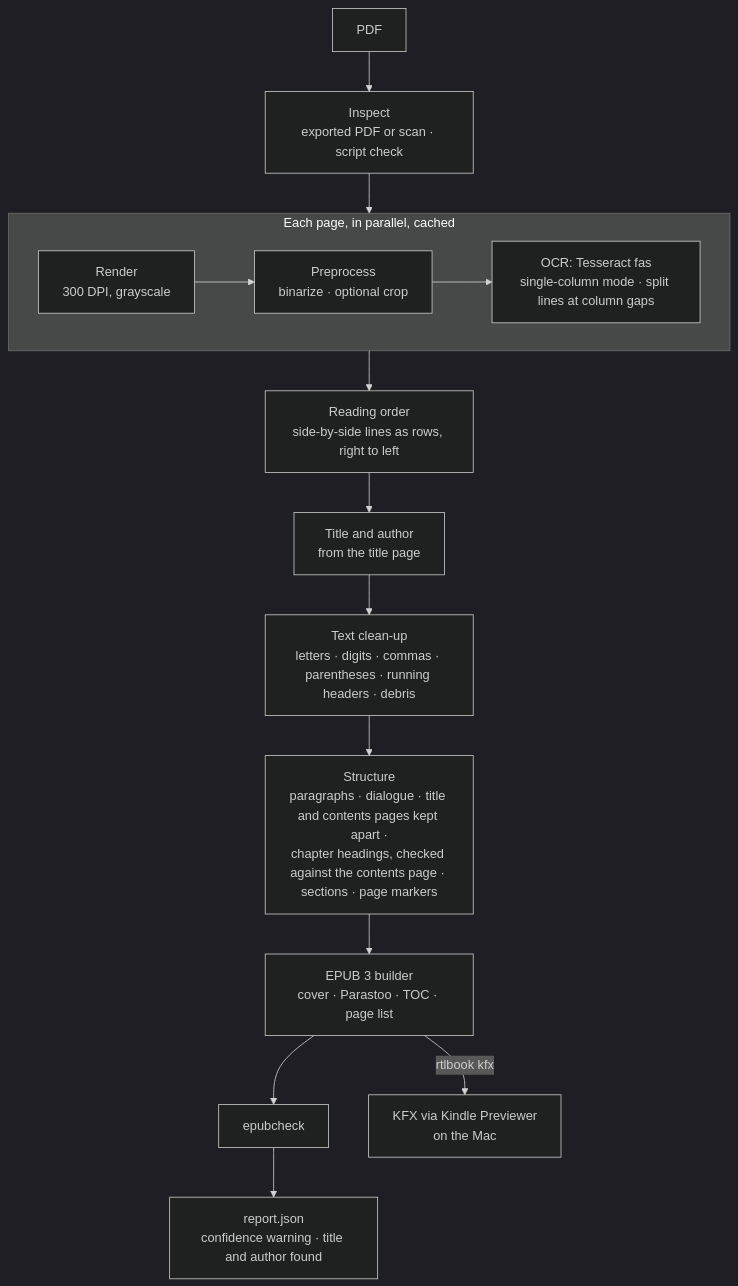
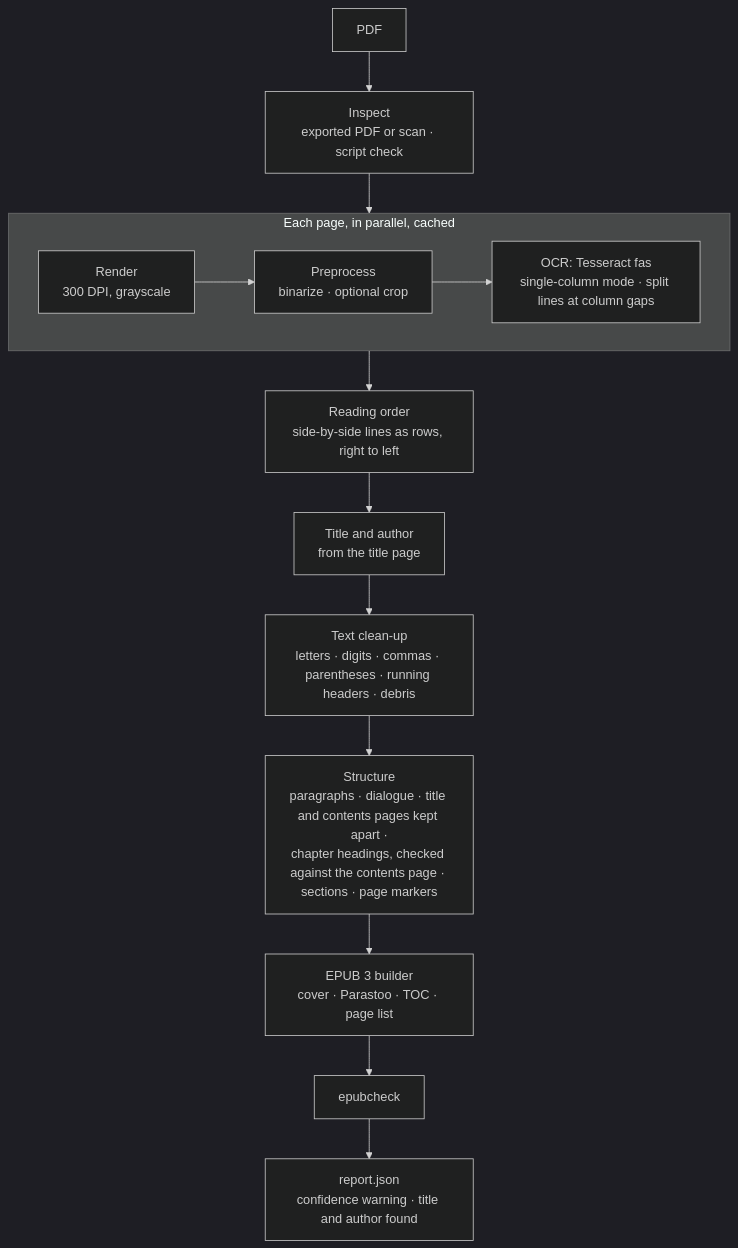
Before and after one commit to ardeshirj/rtlbook: the diagram in docs/DESIGN.md, drawn with Mermaid (dark theme). The commit also changed other lines of this file and 12 other files, not shown here.

````diff
--- a/docs/DESIGN.md
+++ b/docs/DESIGN.md
@@ -51,17 +53,16 @@
 ```mermaid
 flowchart TD
     A[PDF] --> B[Inspect<br/>exported PDF or scan · script check]
     B --> P
     subgraph P [Each page, in parallel, cached]
         C[Render<br/>300 DPI, grayscale] --> D[Preprocess<br/>binarize · optional crop]
         D --> E[OCR: Tesseract fas<br/>single-column mode · split lines at column gaps]
     end
     P --> F[Reading order<br/>side-by-side lines as rows, right to left]
     F --> G[Title and author<br/>from the title page]
     G --> H[Text clean-up<br/>letters · digits · commas · parentheses · running headers · debris]
     H --> I[Structure<br/>paragraphs · dialogue · title and contents pages kept apart ·<br/>chapter headings, checked against the contents page · sections · page markers]
     I --> J[EPUB 3 builder<br/>cover · Parastoo · TOC · page list]
     J --> K[epubcheck]
     K --> R[report.json<br/>confidence warning · title and author found]
-    J -->|rtlbook kfx| L[KFX via Kindle Previewer<br/>on the Mac]
 ```
````
